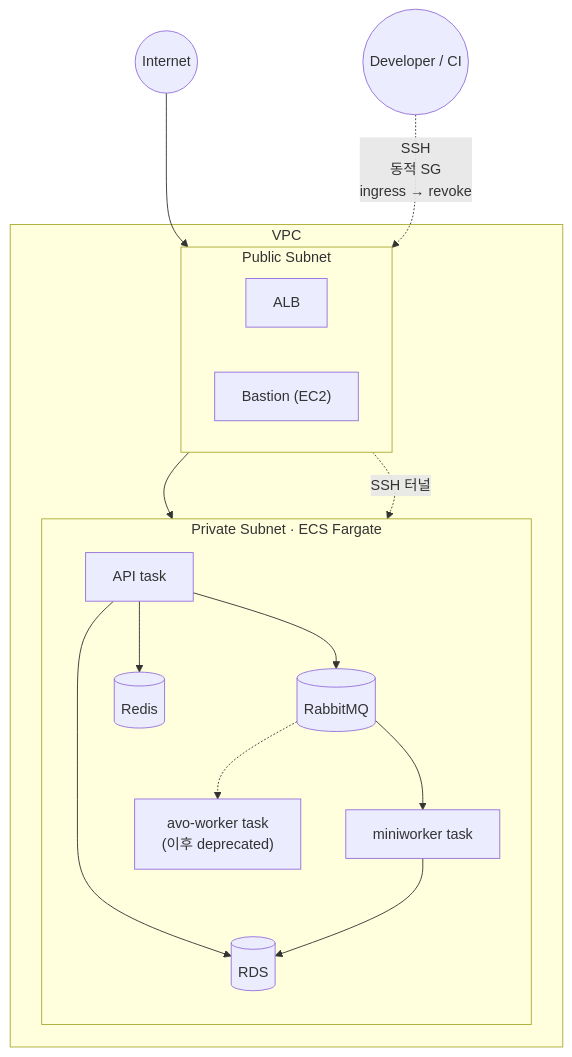
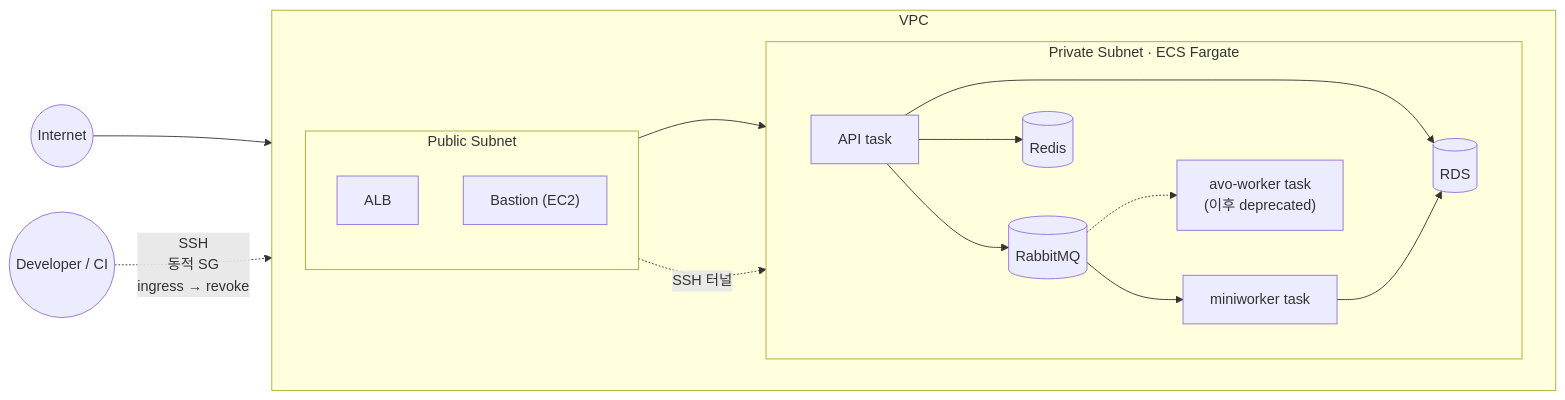
The sixth of 6 diagrams in _portfolio/portfolio.md (texasroh/texasroh.github.io), drawn with Mermaid before and after one commit. The commit also changed other lines of this file, not shown here.

First line of the commit message:
docs(portfolio): horizontal 4.2 diagrams + restore 검색 row

````diff
--- a/_portfolio/portfolio.md
+++ b/_portfolio/portfolio.md
@@ -233,31 +234,32 @@
 ```mermaid
-flowchart TB
+flowchart LR
     Internet((Internet)) --> ALB
     Dev((Developer / CI)) -.->|"SSH<br/>동적 SG<br/>ingress → revoke"| Bastion
 
     subgraph VPC ["VPC"]
+        direction LR
         subgraph Pub ["Public Subnet"]
-            direction LR
+            direction TB
             ALB[ALB]
             Bastion["Bastion (EC2)"]
         end
         subgraph Priv ["Private Subnet · ECS Fargate"]
-            direction TB
+            direction LR
             API["API task"]
             MQ[("RabbitMQ")]
             Mini["miniworker task"]
             Worker["avo-worker task<br/>(이후 deprecated)"]
             RDS[(RDS)]
             Redis[(Redis)]
         end
     end
 
     ALB --> API
     API --> MQ
     API --> Redis
     API --> RDS
     MQ --> Mini
     MQ -.-> Worker
     Mini --> RDS
     Bastion -.->|SSH 터널| RDS
 ```
````
